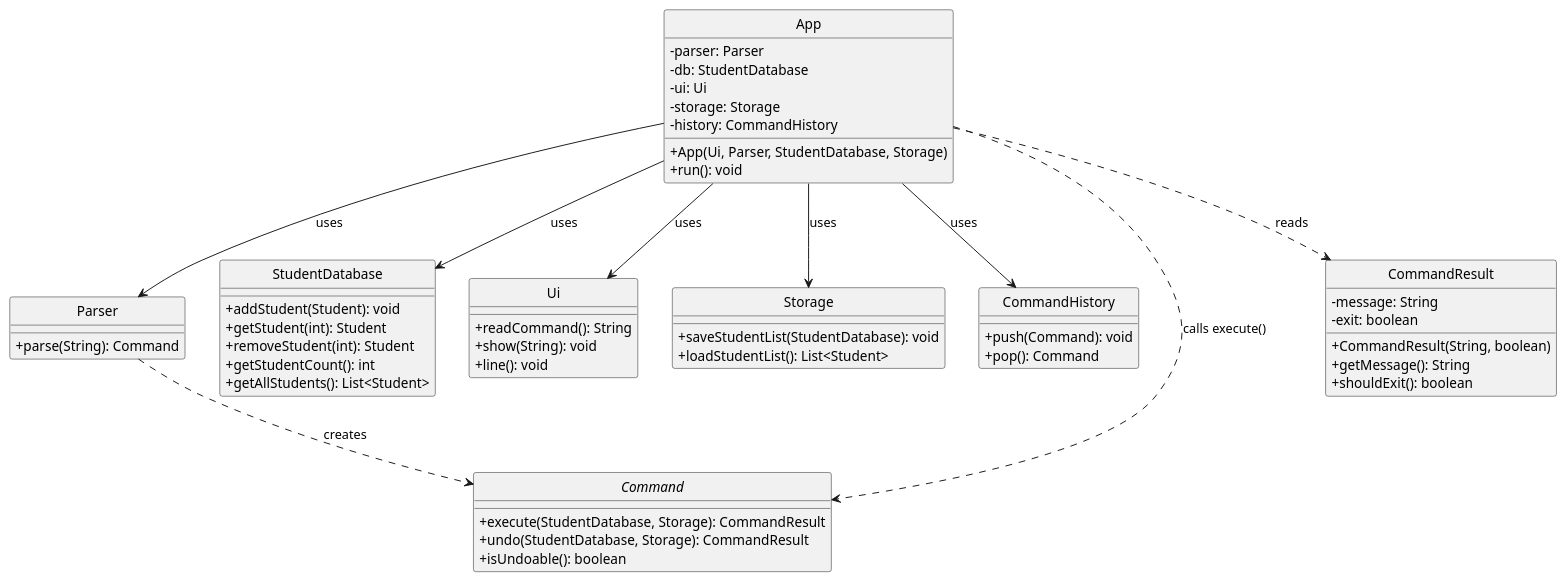
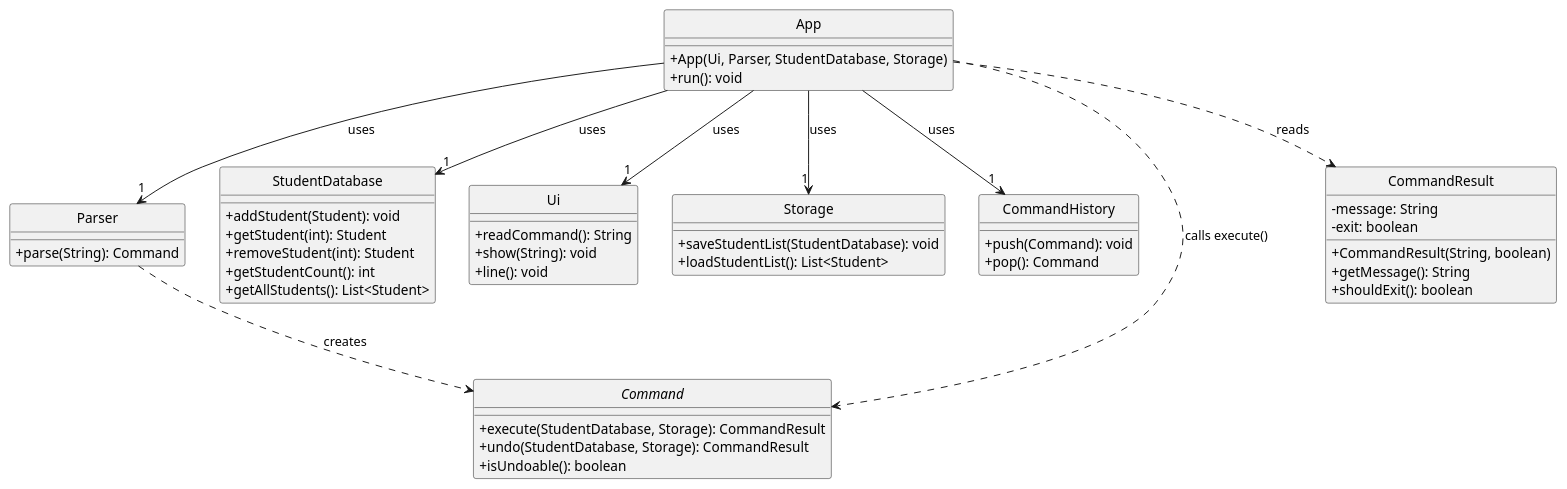
The diagram in docs/diagrams/AppClassDiagram.puml (AgaraNUS/tp), drawn with PlantUML before and after one commit. The commit also changed 14 other files, not shown here.

```diff
--- a/docs/diagrams/AppClassDiagram.puml
+++ b/docs/diagrams/AppClassDiagram.puml
@@ -1,65 +1,60 @@
 @startuml AppClassDiagram
 skinparam classAttributeIconSize 0
 skinparam style strictuml
 
 class App {
-    -parser: Parser
-    -db: StudentDatabase
-    -ui: Ui
-    -storage: Storage
-    -history: CommandHistory
     +App(Ui, Parser, StudentDatabase, Storage)
     +run(): void
 }
 
 class Parser {
     +parse(String): Command
 }
 
 class StudentDatabase {
     +addStudent(Student): void
     +getStudent(int): Student
     +removeStudent(int): Student
     +getStudentCount(): int
     +getAllStudents(): List<Student>
 }
 
 class Ui {
     +readCommand(): String
     +show(String): void
     +line(): void
 }
 
 class Storage {
     +saveStudentList(StudentDatabase): void
     +loadStudentList(): List<Student>
 }
 
 class CommandHistory {
     +push(Command): void
     +pop(): Command
 }
 
 interface Command {
     +execute(StudentDatabase, Storage): CommandResult
     +undo(StudentDatabase, Storage): CommandResult
     +isUndoable(): boolean
 }
 
 class CommandResult {
     -message: String
     -exit: boolean
     +CommandResult(String, boolean)
     +getMessage(): String
     +shouldExit(): boolean
 }
 
-App --> Parser : uses
-App --> StudentDatabase : uses
-App --> Ui : uses
-App --> Storage : uses
-App --> CommandHistory : uses
+App --> "1" Parser : uses
+App --> "1" StudentDatabase : uses
+App --> "1" Ui : uses
+App --> "1" Storage : uses
+App --> "1" CommandHistory : uses
 App ..> Command : calls execute()
 App ..> CommandResult : reads
 Parser ..> Command : creates
 @enduml
```
